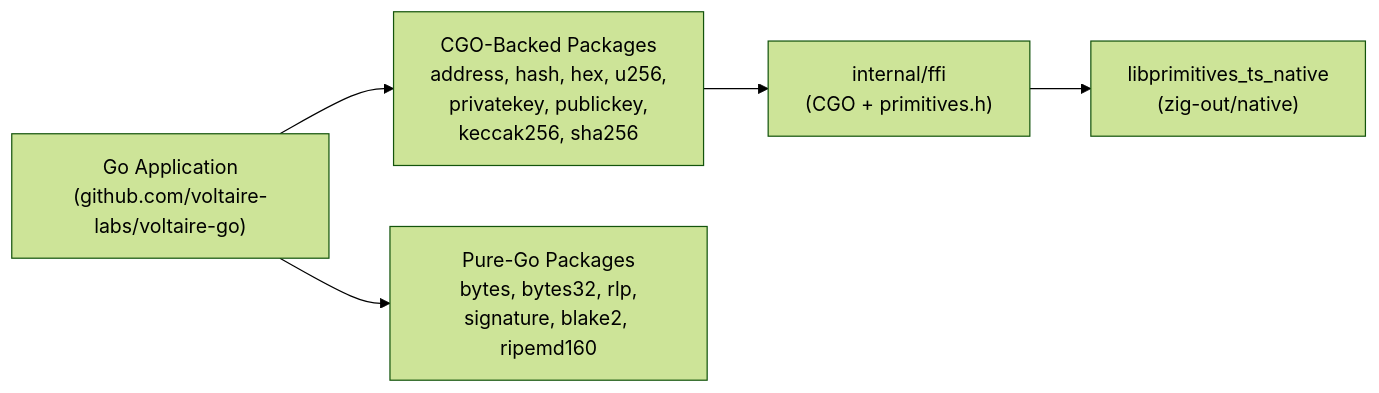
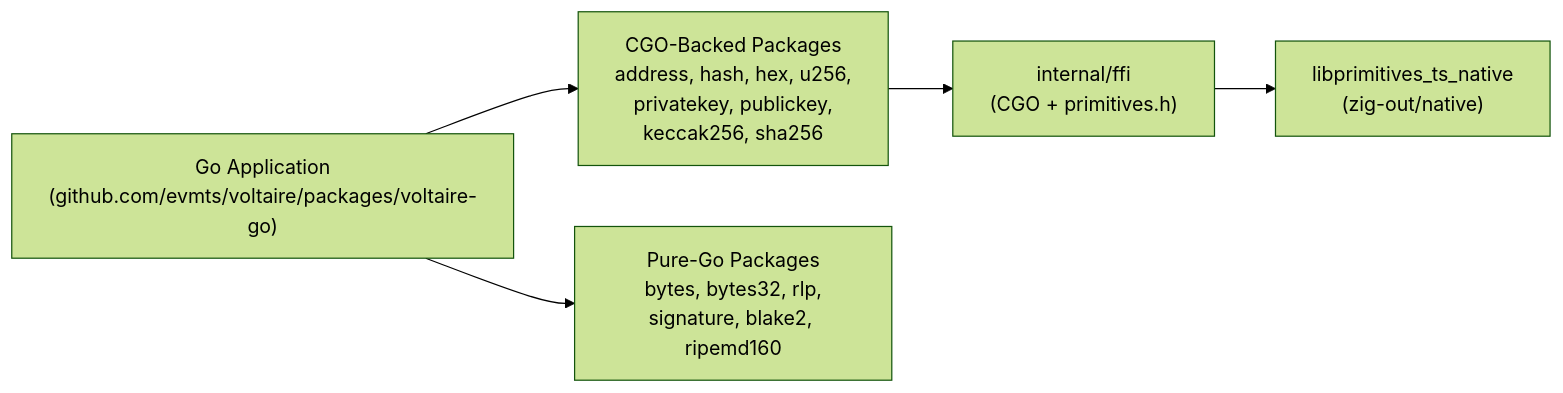
The diagram in packages/voltaire-go/README.md (evmts/voltaire), drawn with Mermaid (forest theme) before and after one commit. The commit also changed other lines of this file and 129 other files, not shown here.

````diff
--- a/packages/voltaire-go/README.md
+++ b/packages/voltaire-go/README.md
@@ -9,7 +9,7 @@
 ```mermaid
 flowchart LR
-    GoApp["Go Application\n(github.com/voltaire-labs/voltaire-go)"] --> CGO["CGO-Backed Packages\naddress, hash, hex, u256,\nprivatekey, publickey,\nkeccak256, sha256"]
+    GoApp["Go Application\n(github.com/evmts/voltaire/packages/voltaire-go)"] --> CGO["CGO-Backed Packages\naddress, hash, hex, u256,\nprivatekey, publickey,\nkeccak256, sha256"]
     GoApp --> Pure["Pure-Go Packages\nbytes, bytes32, rlp,\nsignature, blake2, ripemd160"]
     CGO --> FFI["internal/ffi\n(CGO + primitives.h)"]
     FFI --> Zig["libprimitives_ts_native\n(zig-out/native)"]
 ```
````
